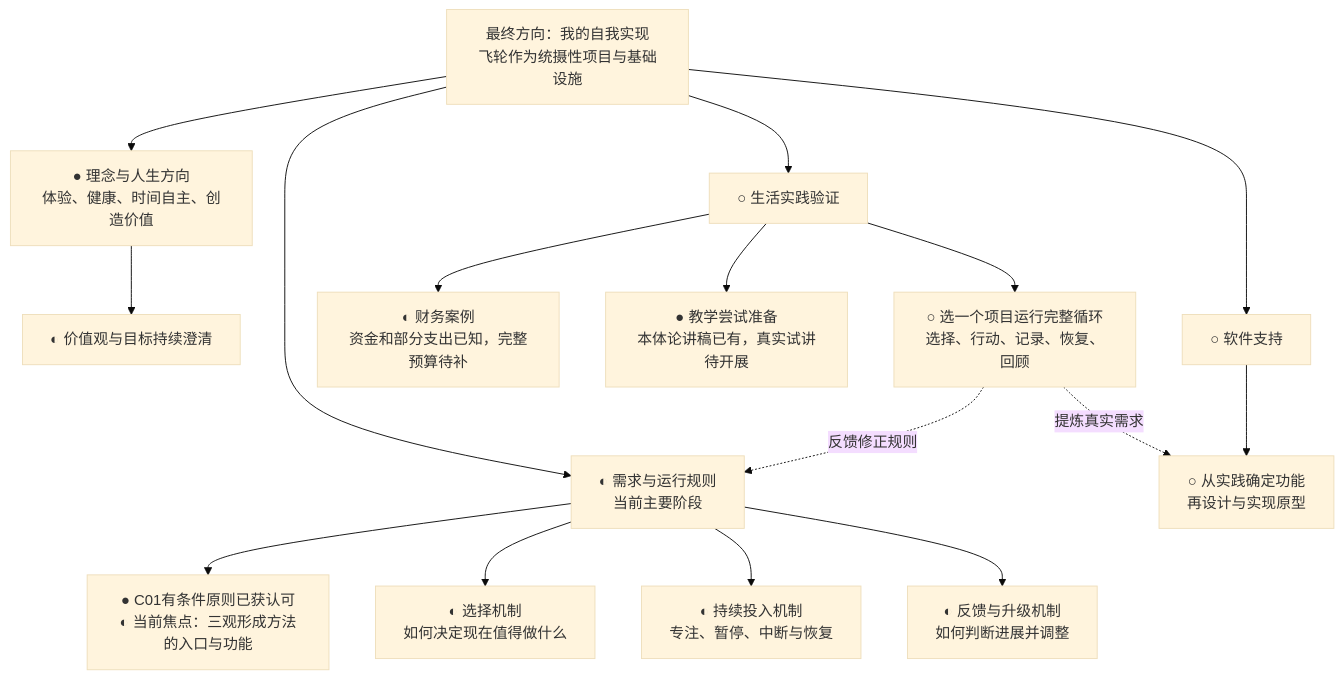
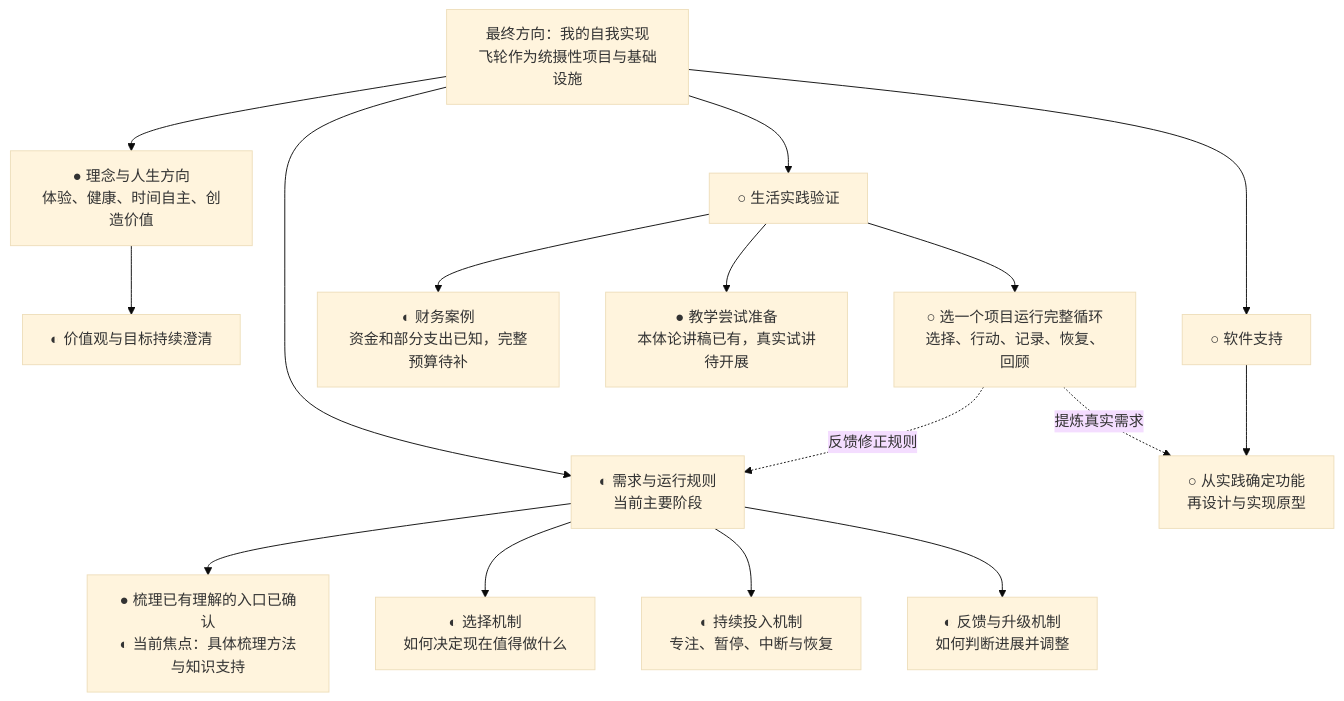
One commit to fangjiaqi2023-jpg/life-flywheel changed the first of 2 diagrams in 项目/人生飞轮/项目推进图.md. Above: the diagram before and after it, drawn with Mermaid (base theme). The commit also changed other lines of this file, not shown here.

````diff
--- a/项目/人生飞轮/项目推进图.md
+++ b/项目/人生飞轮/项目推进图.md
@@ -11,22 +11,22 @@
 ```mermaid
 flowchart TD
     M[最终方向：我的自我实现<br/>飞轮作为统摄性项目与基础设施]
     M --> A[● 理念与人生方向<br/>体验、健康、时间自主、创造价值]
     M --> B[◐ 需求与运行规则<br/>当前主要阶段]
     M --> C[○ 生活实践验证]
     M --> D[○ 软件支持]
 
     A --> A1[◐ 价值观与目标持续澄清]
-    B --> B0[● C01有条件原则已获认可<br/>◐ 当前焦点：三观形成方法的入口与功能]
+    B --> B0[● 梳理已有理解的入口已确认<br/>◐ 当前焦点：具体梳理方法与知识支持]
     B --> B1[◐ 选择机制<br/>如何决定现在值得做什么]
     B --> B2[◐ 持续投入机制<br/>专注、暂停、中断与恢复]
     B --> B3[◐ 反馈与升级机制<br/>如何判断进展并调整]
 
     C --> C1[◐ 财务案例<br/>资金和部分支出已知，完整预算待补]
     C --> C2[● 教学尝试准备<br/>本体论讲稿已有，真实试讲待开展]
     C --> C3[○ 选一个项目运行完整循环<br/>选择、行动、记录、恢复、回顾]
     D --> D1[○ 从实践确定功能<br/>再设计与实现原型]
 
     C3 -.反馈修正规则.-> B
     C3 -.提炼真实需求.-> D1
 ```
````
